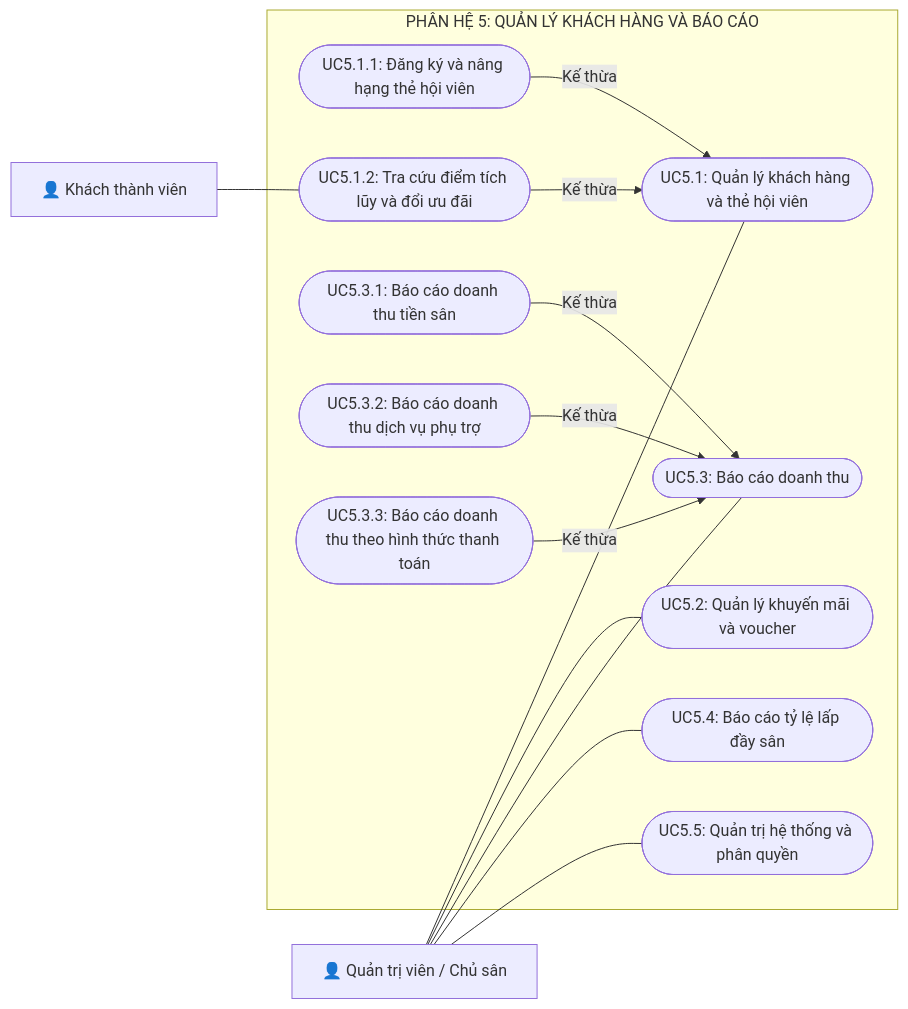
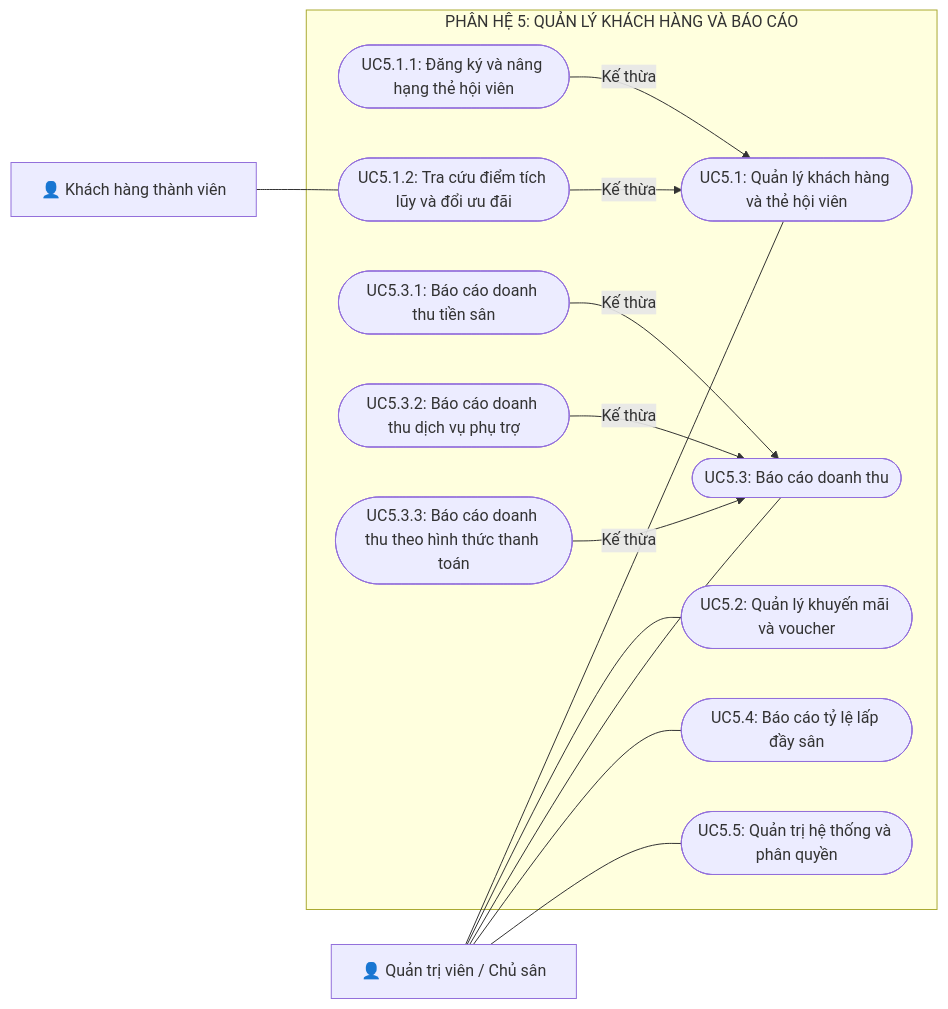
One commit to nphat-code/DoAn-OOAD-SGU changed the seventh of 7 diagrams in BTH/BTH3_UsecaseDiagram/BTH3_UsecaseDiagram.md. Above: the diagram before and after it, drawn with Mermaid. The commit also changed 2 other files, not shown here.

Commit message:
fix(bth3): dong bo ten Khach hang thanh vien trong so do phan he 5

````diff
--- a/BTH/BTH3_UsecaseDiagram/BTH3_UsecaseDiagram.md
+++ b/BTH/BTH3_UsecaseDiagram/BTH3_UsecaseDiagram.md
@@ -287,36 +287,36 @@
 ```mermaid
 flowchart LR
-    Customer["👤 Khách thành viên"]
+    Customer["👤 Khách hàng thành viên"]
     Admin["👤 Quản trị viên / Chủ sân"]
 
     subgraph Subsystem5 ["PHÂN HỆ 5: QUẢN LÝ KHÁCH HÀNG VÀ BÁO CÁO"]
         UC51(["UC5.1: Quản lý khách hàng và thẻ hội viên"])
         UC511(["UC5.1.1: Đăng ký và nâng hạng thẻ hội viên"])
         UC512(["UC5.1.2: Tra cứu điểm tích lũy và đổi ưu đãi"])
 
         UC52(["UC5.2: Quản lý khuyến mãi và voucher"])
 
         UC53(["UC5.3: Báo cáo doanh thu"])
         UC531(["UC5.3.1: Báo cáo doanh thu tiền sân"])
         UC532(["UC5.3.2: Báo cáo doanh thu dịch vụ phụ trợ"])
         UC533(["UC5.3.3: Báo cáo doanh thu theo hình thức thanh toán"])
 
         UC54(["UC5.4: Báo cáo tỷ lệ lấp đầy sân"])
         UC55(["UC5.5: Quản trị hệ thống và phân quyền"])
     end
 
     Customer --- UC512
 
     Admin --- UC51
     Admin --- UC52
     Admin --- UC53
     Admin --- UC54
     Admin --- UC55
 
     UC511 -->|Kế thừa| UC51
     UC512 -->|Kế thừa| UC51
 
     UC531 -->|Kế thừa| UC53
     UC532 -->|Kế thừa| UC53
     UC533 -->|Kế thừa| UC53
 ```
````
